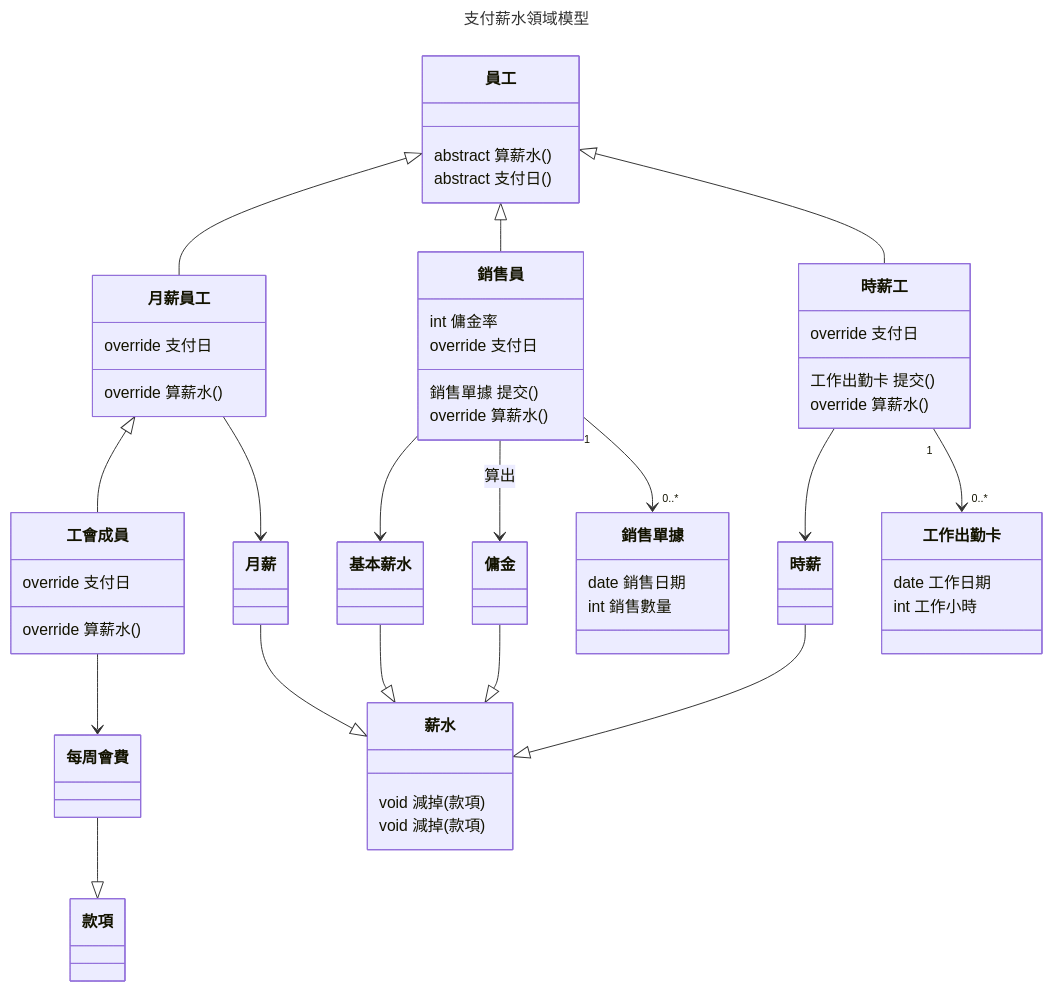
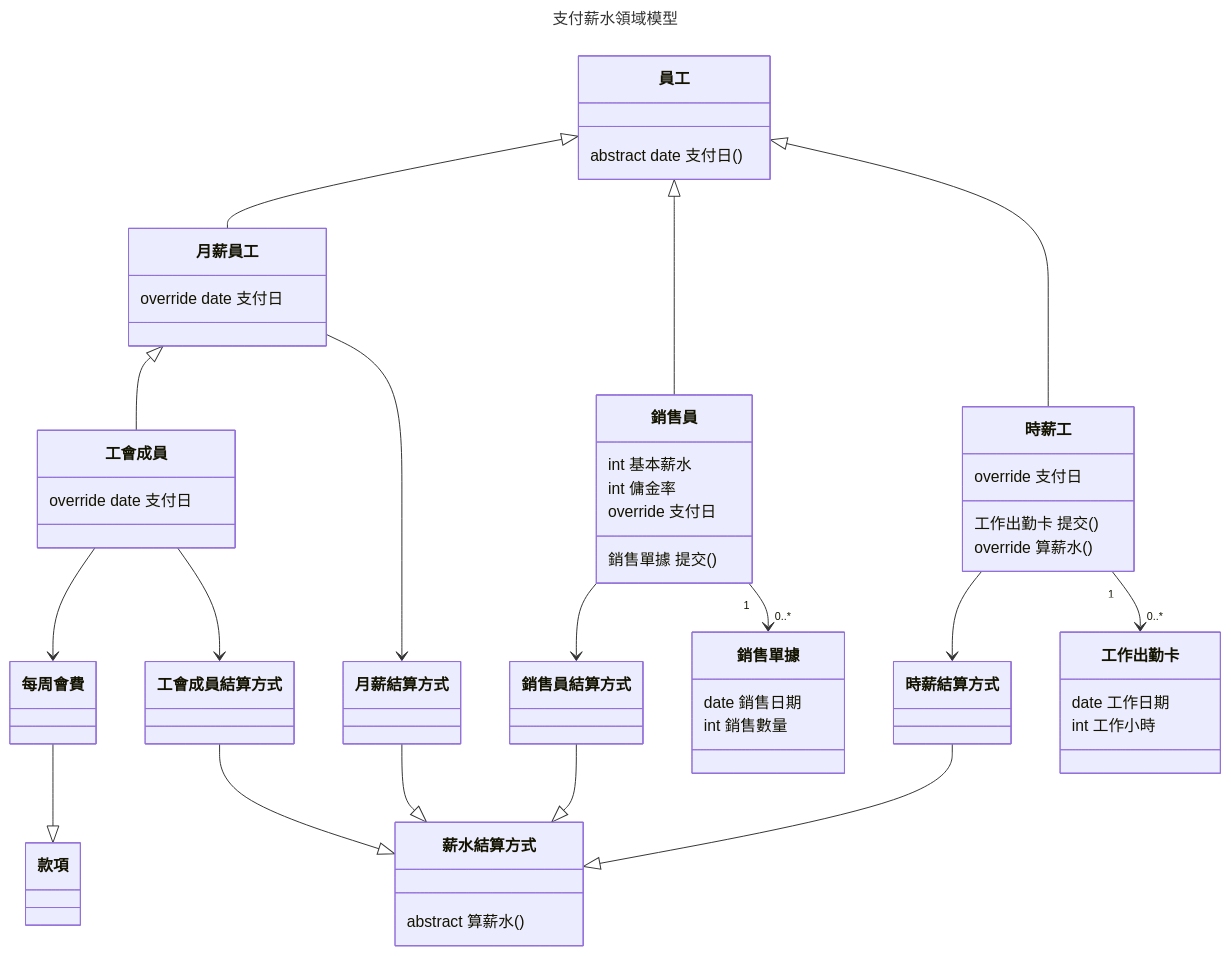
Before and after one commit to MSIT12806/OOP-Practice: the third of 3 diagrams in README.md, drawn with Mermaid. The commit also changed other lines of this file, not shown here.

````diff
--- a/README.md
+++ b/README.md
@@ -589,84 +685,69 @@
-``` mermaid
----
-title: 支付薪水領域模型
----
-classDiagram 
-    
-   class 薪水{
-void 減掉(款項)
-   }
-   class 款項{
-
-   }
-
-   class 員工{
-    abstract 算薪水()
-    abstract 支付日()
-   }
-
-   class 月薪員工{
-    override 算薪水()
-    override 支付日
-   }
-
-   class 工會成員{
-    override 算薪水()
-    override 支付日
-   }
-員工 <|--月薪員工
-員工 <|--銷售員
-月薪員工 <|--工會成員
-月薪 --|>薪水
-基本薪水--|>薪水
-傭金--|>薪水
-每周會費 --|> 款項
-
-銷售員 -->基本薪水
-銷售員 -->傭金 : 算出
-銷售員 "1"-->"0..*"銷售單據
-月薪員工-->月薪
-工會成員 --> 每周會費
-   
-   class 月薪{
-
-   }
-   class 銷售員{
-int 傭金率
-銷售單據 提交()
-override 算薪水()
-override 支付日
-   }
-   class 基本薪水{
-
-   }
-   class 傭金{
-
-   }
-   class 銷售單據{
-date 銷售日期
-int 銷售數量
-   }
-
-   
-   
-員工 <|--時薪工
-時薪 --|>薪水
-時薪工 -->時薪
-時薪工 "1"-->"0..*"工作出勤卡
-    
-   class 薪水{
-void 減掉(款項)
-   }
-   
-   class 時薪工{
-工作出勤卡 提交()
-override 算薪水()
-override 支付日
-   }
-
-   class 工作出勤卡{
-date 工作日期
-int 工作小時
-   }
-
-```
+	``` mermaid
+	---
+	title: 支付薪水領域模型
+	---
+	classDiagram 
+	    
+	
+	月薪員工 <|--工會成員
+	工會成員 --> 每周會費
+	每周會費 --|> 款項
+	工會成員結算方式 --|>薪水結算方式
+	工會成員 --> 工會成員結算方式
+	
+	員工 <|--月薪員工
+	月薪結算方式 --|>薪水結算方式
+	月薪員工-->月薪結算方式
+	
+	員工 <|--銷售員
+	銷售員結算方式--|>薪水結算方式
+	銷售員 -->銷售員結算方式
+	銷售員 "1"-->"0..*"銷售單據
+	   
+	員工 <|--時薪工
+	時薪結算方式 --|>薪水結算方式
+	時薪工 -->時薪結算方式
+	時薪工 "1"-->"0..*"工作出勤卡
+	
+	   class 薪水結算方式{
+	    abstract 算薪水()
+	   }
+	   class 款項{
+	
+	   }
+	
+	   class 員工{
+	    abstract date 支付日()
+	   }
+	
+	   class 月薪員工{
+	    override date 支付日
+	   }
+	
+	   class 工會成員{
+	    override date 支付日
+	   }
+	   
+	   class 銷售員{
+	    int 基本薪水
+	int 傭金率
+	銷售單據 提交()
+	override 支付日
+	   }
+	   class 銷售單據{
+	date 銷售日期
+	int 銷售數量
+	   }
+	
+	   
+	   class 時薪工{
+	工作出勤卡 提交()
+	override 算薪水()
+	override 支付日
+	   }
+	
+	   class 工作出勤卡{
+	date 工作日期
+	int 工作小時
+	   }
+	```
````
